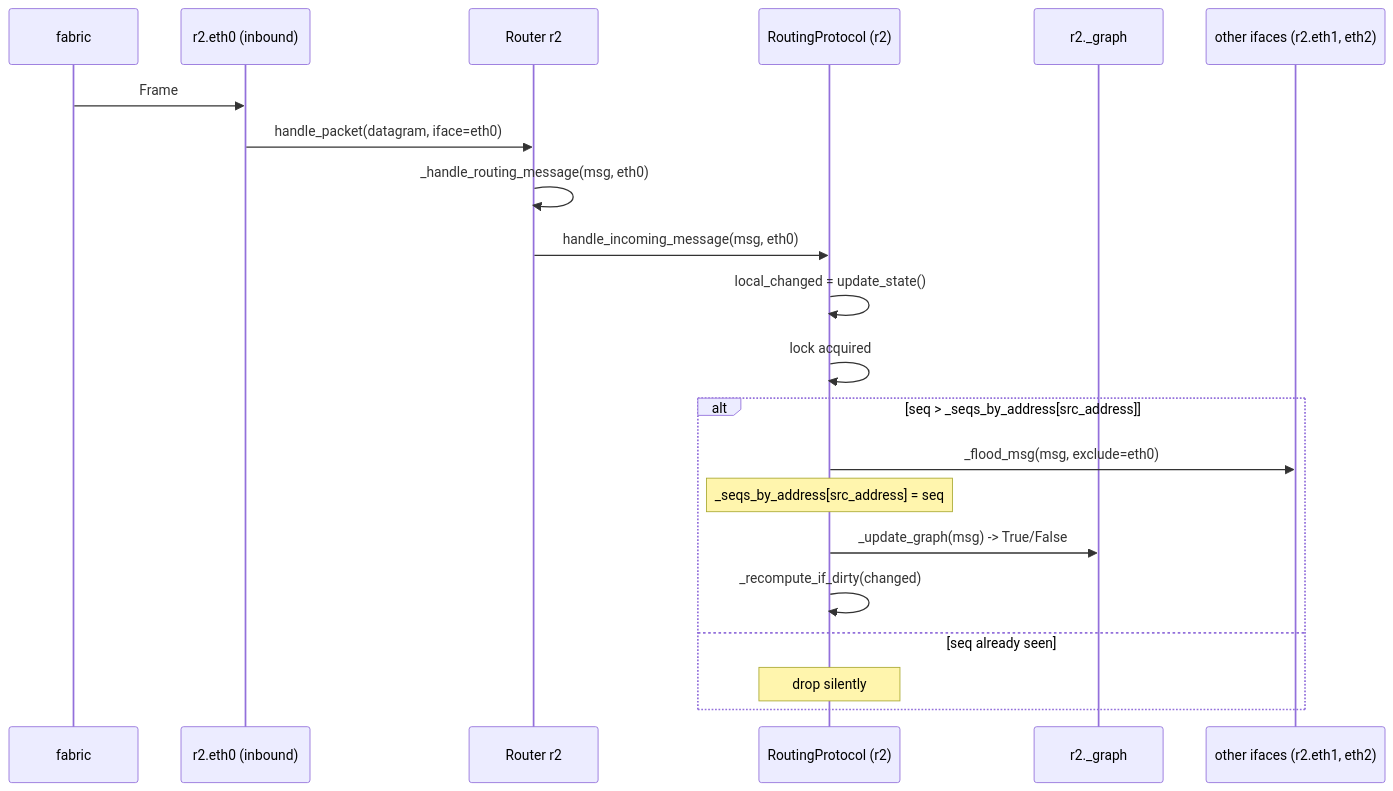
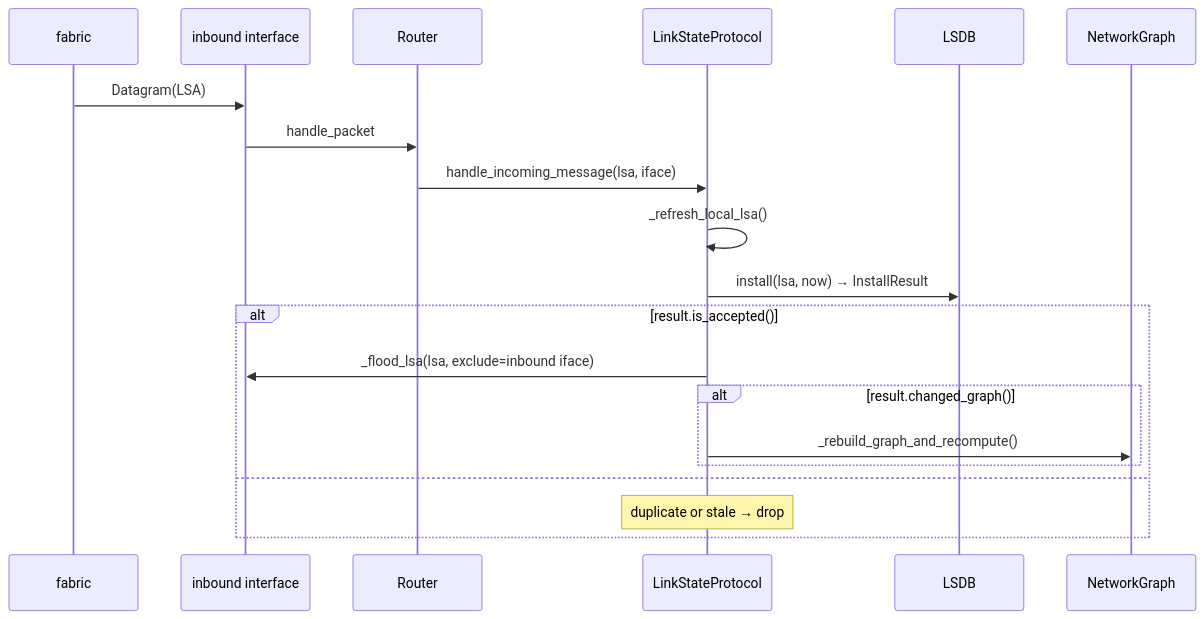
The second of 2 diagrams in docs/architecture/routing-protocol.md (lukius/loom), drawn with Mermaid before and after one commit. The commit also changed other lines of this file, not shown here.

Commit message:
docs(architecture): rewrite routing-protocol.md as loom-OSPF

````diff
--- a/docs/architecture/routing-protocol.md
+++ b/docs/architecture/routing-protocol.md
@@ -122,24 +224,23 @@
 ```mermaid
 sequenceDiagram
-  participant Net as fabric
-  participant IF2 as r2.eth0 (inbound)
-  participant R2 as Router r2
-  participant P2 as RoutingProtocol (r2)
-  participant G2 as r2._graph
-  participant Other as other ifaces (r2.eth1, eth2)
+  participant Fabric as fabric
+  participant Iface as inbound interface
+  participant Router as Router
+  participant Proto as LinkStateProtocol
+  participant DB as LSDB
+  participant G as NetworkGraph
 
-  Net->>IF2: Frame
-  IF2->>R2: handle_packet(datagram, iface=eth0)
-  R2->>R2: _handle_routing_message(msg, eth0)
-  R2->>P2: handle_incoming_message(msg, eth0)
-  P2->>P2: local_changed = update_state()
-  P2->>P2: lock acquired
-  alt seq > _seqs_by_address[src_address]
-    P2->>Other: _flood_msg(msg, exclude=eth0)
-    Note over P2: _seqs_by_address[src_address] = seq
-    P2->>G2: _update_graph(msg) -> True/False
-    P2->>P2: _recompute_if_dirty(changed)
-  else seq already seen
-    Note over P2: drop silently
+  Fabric->>Iface: Datagram(LSA)
+  Iface->>Router: handle_packet
+  Router->>Proto: handle_incoming_message(lsa, iface)
+  Proto->>Proto: _refresh_local_lsa()
+  Proto->>DB: install(lsa, now) → InstallResult
+  alt result.is_accepted()
+    Proto->>Iface: _flood_lsa(lsa, exclude=inbound iface)
+    alt result.changed_graph()
+      Proto->>G: _rebuild_graph_and_recompute()
+    end
+  else
+    Note over Proto: duplicate or stale → drop
   end
 ```
````
